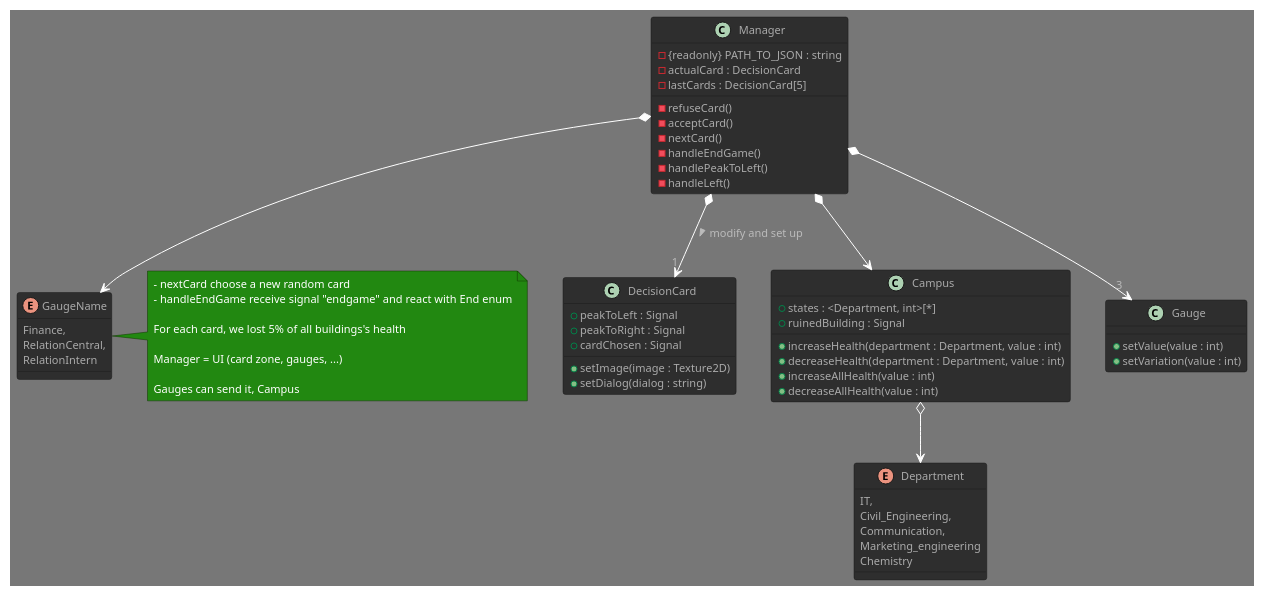
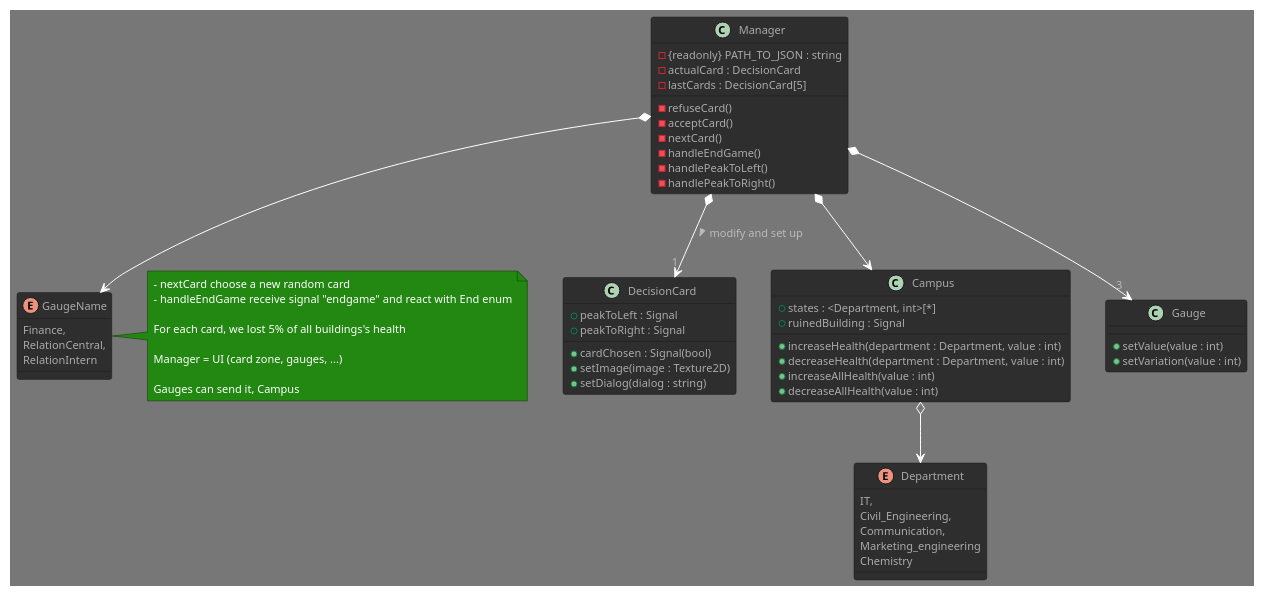
The diagram in t4.puml (Spidermatou/The-Schu-Man), drawn with PlantUML before and after one commit. The commit also changed 2 other files, not shown here.

Commit message:
add manager's signal handlers scafolds

```diff
--- a/t4.puml
+++ b/t4.puml
@@ -1,70 +1,70 @@
 @startuml T4
 
 !theme reddress-darkgreen
 
 enum Department {
     IT,
     Civil_Engineering,
     Communication,
     Marketing_engineering
     Chemistry
 }
 
 class DecisionCard {
     + peakToLeft : Signal
     + peakToRight : Signal
-    + cardChosen : Signal
+    + cardChosen : Signal(bool)
     + setImage(image : Texture2D)
     + setDialog(dialog : string)
 }
 
 class Campus {
     + states : <Department, int>[*] /' dictionnary '/
     + ruinedBuilding : Signal
     + increaseHealth(department : Department, value : int)
     + decreaseHealth(department : Department, value : int)
     + increaseAllHealth(value : int)
     + decreaseAllHealth(value : int)
 }
 Campus o--> Department
 
 class Manager {
     - {readonly} PATH_TO_JSON : string
     - actualCard : DecisionCard
     - lastCards : DecisionCard[5] /' prevent the same card (situation) from being seen too many times in a row '/
     - refuseCard()
     - acceptCard()
     - nextCard()
     - handleEndGame()
     - handlePeakToLeft()
-    - handleLeft()
+    - handlePeakToRight()
 }
 Manager *--> "1" DecisionCard : > modify and set up
 Manager *--> "3"Gauge
 Manager *--> GaugeName
 Manager *--> Campus
 
 note right
     - nextCard choose a new random card
     - handleEndGame receive signal "endgame" and react with End enum
 
     For each card, we lost 5% of all buildings's health
 
     Manager = UI (card zone, gauges, ...)
 
     Gauges can send it, Campus
 end note
 
 enum GaugeName {
     Finance,
     RelationCentral,
     RelationIntern
 }
 
 class Gauge {
     + setValue(value : int)
     + setVariation(value : int)
 }
 
 
 @enduml
```
